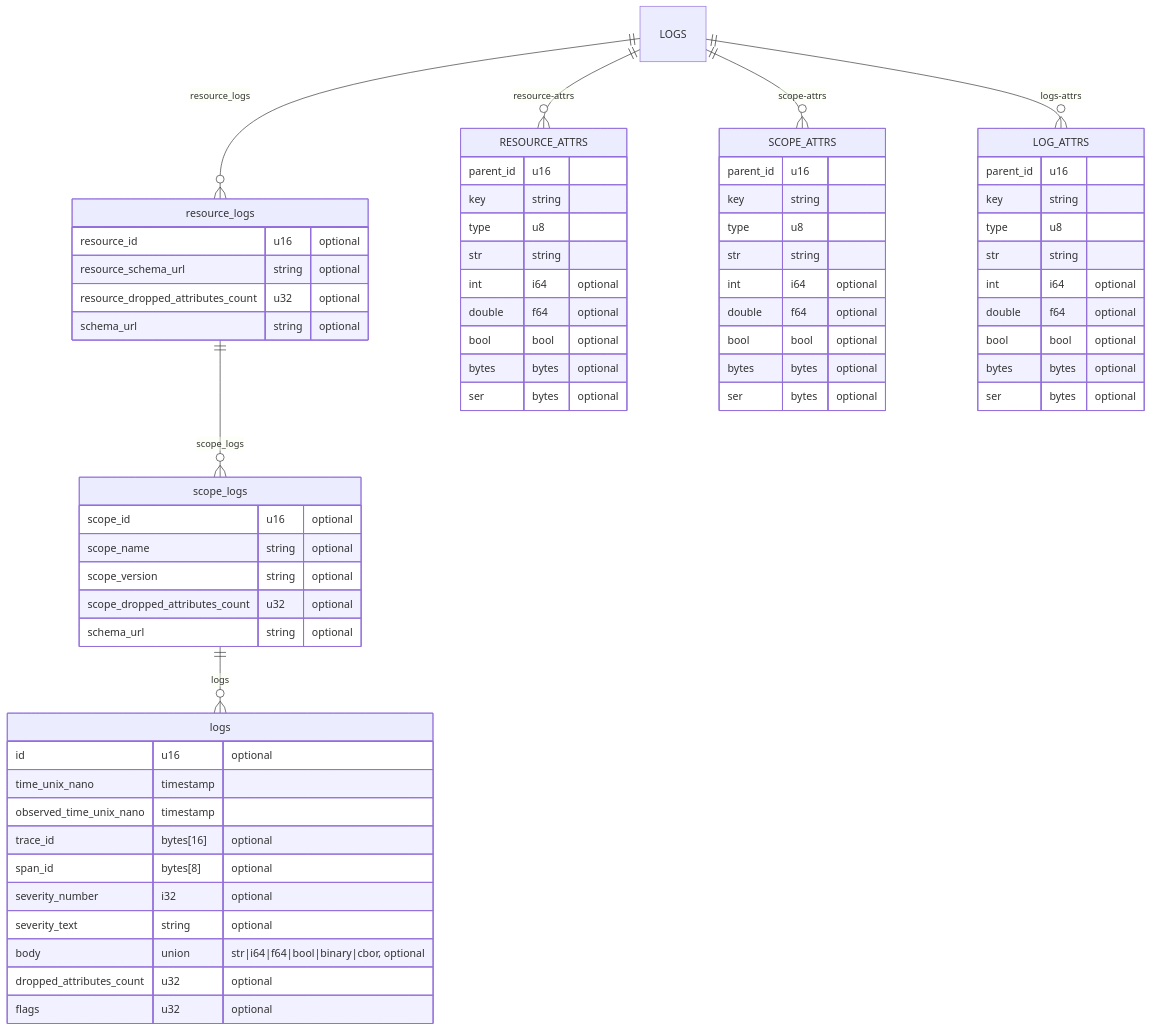
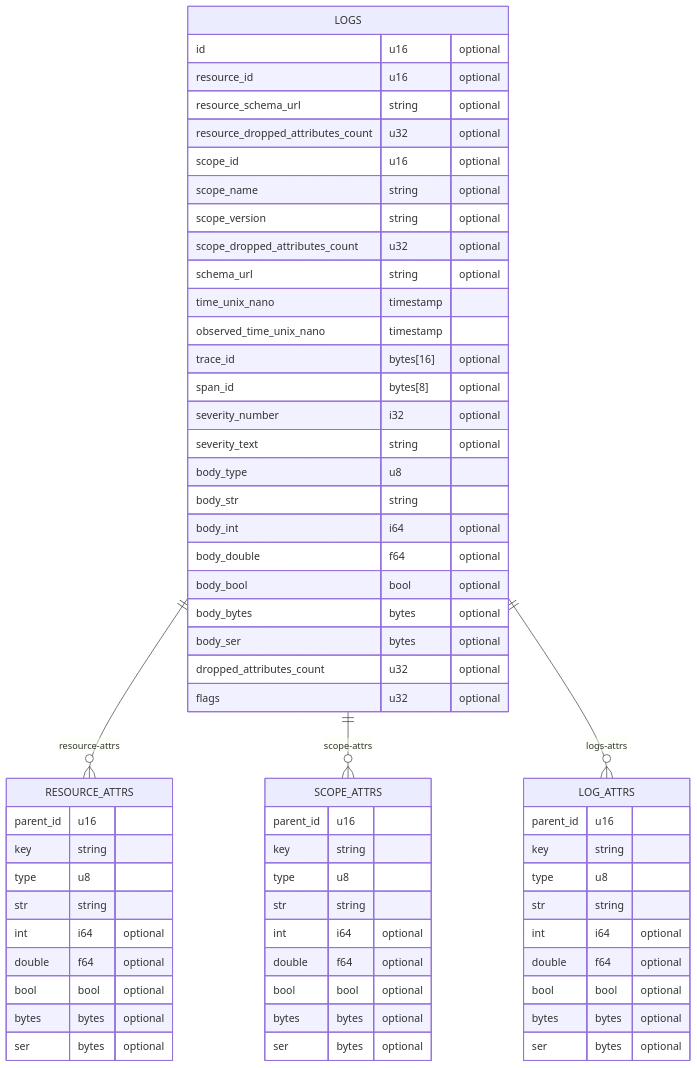
The second of 3 diagrams in docs/data_model.md (f5/otel-arrow-adapter), drawn with Mermaid before and after one commit. The commit also changed 21 other files, not shown here.

Commit message:
modify logs arrow schema to follow the approach used for traces

````diff
--- a/docs/data_model.md
+++ b/docs/data_model.md
@@ -268,69 +268,65 @@
 ```mermaid
 erDiagram
-    LOGS ||--o{ resource_logs : resource_logs
-    resource_logs ||--o{ scope_logs : scope_logs
-    scope_logs ||--o{ logs : logs
     LOGS ||--o{ RESOURCE_ATTRS : resource-attrs
     LOGS ||--o{ SCOPE_ATTRS : scope-attrs
     LOGS ||--o{ LOG_ATTRS : logs-attrs
+    LOG_ATTRS{
+        parent_id u16 
+        key string 
+        type u8 
+        str string 
+        int i64 "optional"
+        double f64 "optional"
+        bool bool "optional"
+        bytes bytes "optional"
+        ser bytes "optional"
+    }
     LOGS{
-    }
-    resource_logs{
+        id u16 "optional"
         resource_id u16 "optional"
         resource_schema_url string "optional"
         resource_dropped_attributes_count u32 "optional"
-        schema_url string "optional"
-    }
-    scope_logs{
         scope_id u16 "optional"
         scope_name string "optional"
         scope_version string "optional"
         scope_dropped_attributes_count u32 "optional"
         schema_url string "optional"
-    }
-    logs{
-        id u16 "optional"
         time_unix_nano timestamp 
         observed_time_unix_nano timestamp 
         trace_id bytes[16] "optional"
         span_id bytes[8] "optional"
         severity_number i32 "optional"
         severity_text string "optional"
-        body union "str|i64|f64|bool|binary|cbor, optional"
+        body_type u8 
+        body_str string 
+        body_int i64 "optional"
+        body_double f64 "optional"
+        body_bool bool "optional"
+        body_bytes bytes "optional"
+        body_ser bytes "optional"
         dropped_attributes_count u32 "optional"
         flags u32 "optional"
     }
     RESOURCE_ATTRS{
         parent_id u16 
         key string 
         type u8 
         str string 
         int i64 "optional"
         double f64 "optional"
         bool bool "optional"
         bytes bytes "optional"
         ser bytes "optional"
     }
     SCOPE_ATTRS{
         parent_id u16 
         key string 
         type u8 
         str string 
         int i64 "optional"
         double f64 "optional"
         bool bool "optional"
         bytes bytes "optional"
         ser bytes "optional"
     }
-    LOG_ATTRS{
-        parent_id u16 
-        key string 
-        type u8 
-        str string 
-        int i64 "optional"
-        double f64 "optional"
-        bool bool "optional"
-        bytes bytes "optional"
-        ser bytes "optional"
-    }
 ```
````
